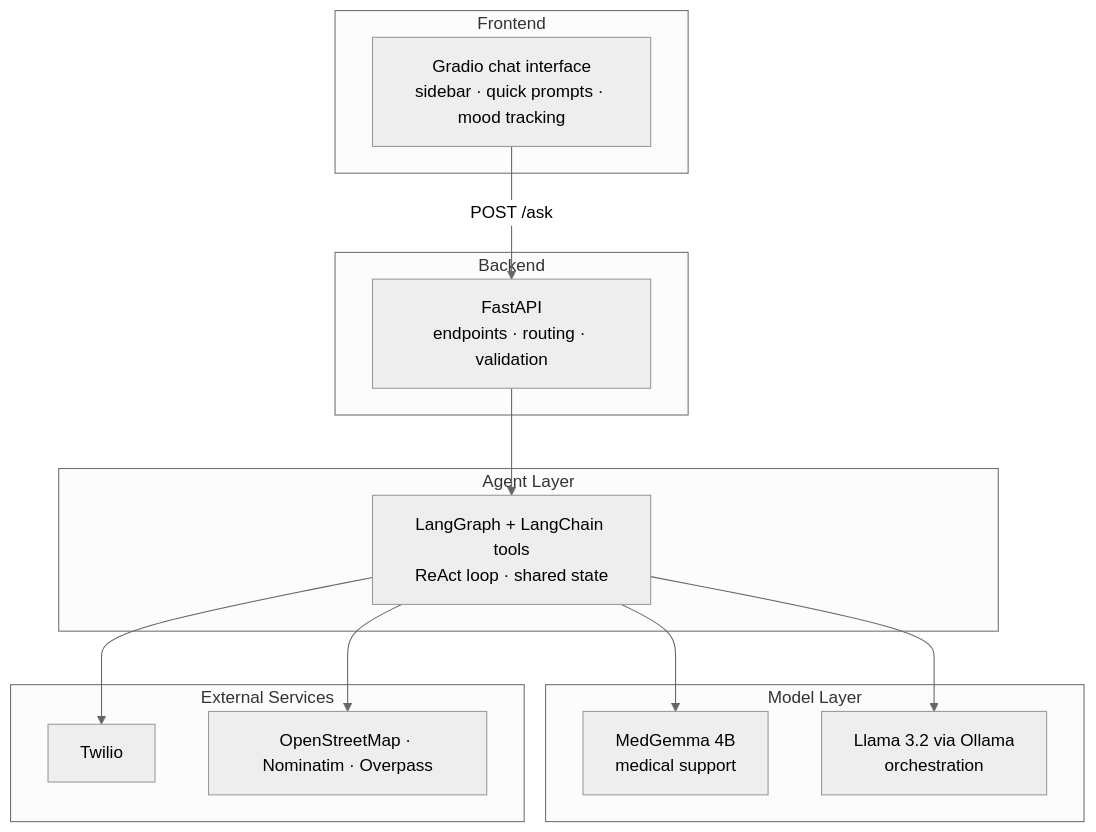
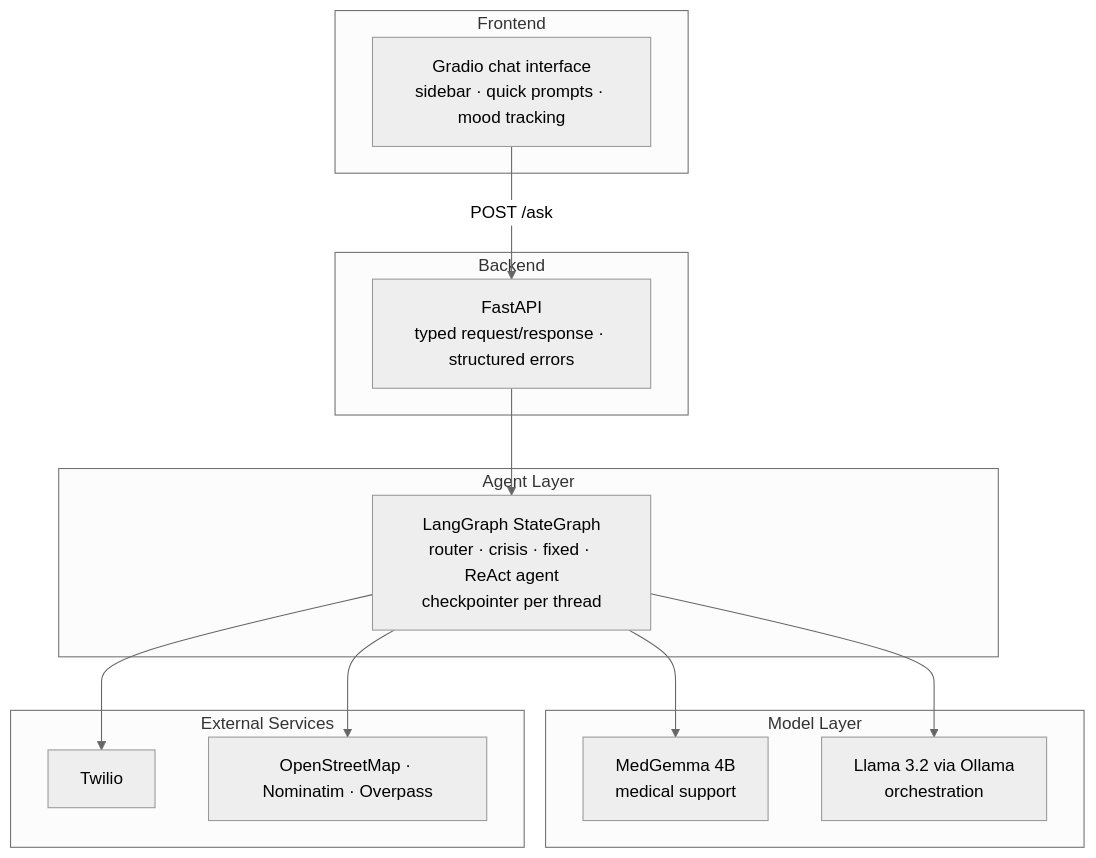
One commit to Jatin1Mathur/safespace-ai changed the fourth of 5 diagrams in README.md. Above: the diagram before and after it, drawn with Mermaid (neutral theme). The commit also changed other lines of this file and 20 other files, not shown here.

First line of the commit message:
Rebuild agent as LangGraph StateGraph with typed tools, memory and evals

````diff
--- a/README.md
+++ b/README.md
@@ -187,25 +202,25 @@
 ```mermaid
 flowchart TB
     subgraph FE[Frontend]
         G[Gradio chat interface<br/>sidebar · quick prompts · mood tracking]
     end
     subgraph BE[Backend]
-        F[FastAPI<br/>endpoints · routing · validation]
+        F[FastAPI<br/>typed request/response · structured errors]
     end
     subgraph AG[Agent Layer]
-        LG[LangGraph + LangChain tools<br/>ReAct loop · shared state]
+        LG[LangGraph StateGraph<br/>router · crisis · fixed · ReAct agent<br/>checkpointer per thread]
     end
     subgraph ML[Model Layer]
         MG[MedGemma 4B<br/>medical support]
         LL[Llama 3.2 via Ollama<br/>orchestration]
     end
     subgraph EX[External Services]
         TW[Twilio]
         OSM[OpenStreetMap · Nominatim · Overpass]
     end
     G -->|POST /ask| F --> LG
     LG --> LL
     LG --> MG
     LG --> TW
     LG --> OSM
 ```
````
